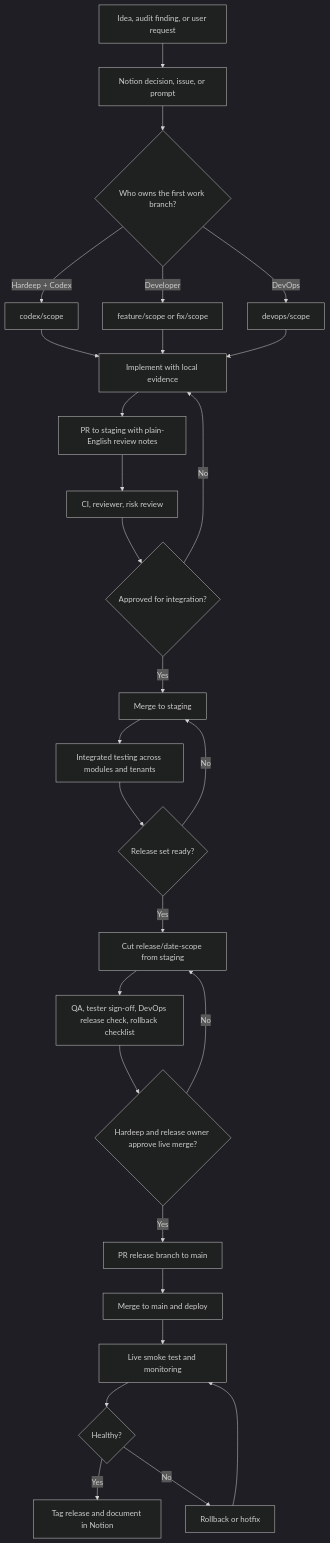
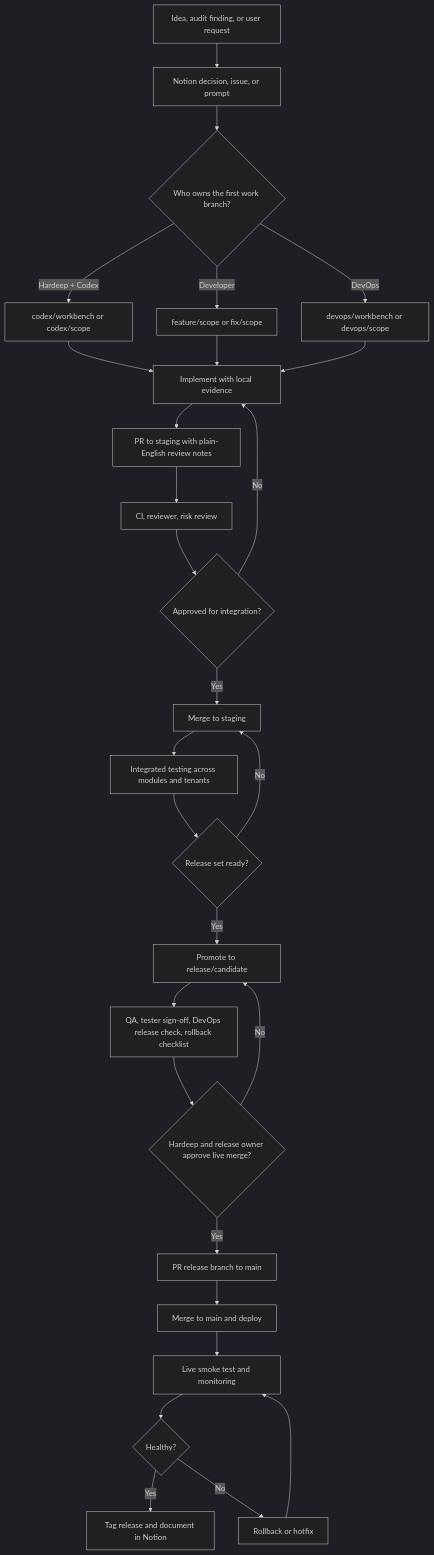
Before and after one commit to hpad66-pixel/nspire-guardian-hub: the diagram in docs/governance/ENTERPRISE_SDLC.md, drawn with Mermaid (dark theme). The commit also changed other lines of this file and 3 other files, not shown here.

````diff
--- a/docs/governance/ENTERPRISE_SDLC.md
+++ b/docs/governance/ENTERPRISE_SDLC.md
@@ -37,30 +38,30 @@
 ```mermaid
 flowchart TD
   A[Idea, audit finding, or user request] --> B[Notion decision, issue, or prompt]
   B --> C{Who owns the first work branch?}
-  C -->|Hardeep + Codex| D[codex/scope]
+  C -->|Hardeep + Codex| D[codex/workbench or codex/scope]
   C -->|Developer| E[feature/scope or fix/scope]
-  C -->|DevOps| F[devops/scope]
+  C -->|DevOps| F[devops/workbench or devops/scope]
   D --> G[Implement with local evidence]
   E --> G
   F --> G
   G --> H[PR to staging with plain-English review notes]
   H --> I[CI, reviewer, risk review]
   I --> J{Approved for integration?}
   J -->|No| G
   J -->|Yes| K[Merge to staging]
   K --> L[Integrated testing across modules and tenants]
   L --> M{Release set ready?}
   M -->|No| K
-  M -->|Yes| N[Cut release/date-scope from staging]
+  M -->|Yes| N[Promote to release/candidate]
   N --> O[QA, tester sign-off, DevOps release check, rollback checklist]
   O --> P{Hardeep and release owner approve live merge?}
   P -->|No| N
   P -->|Yes| Q[PR release branch to main]
   Q --> R[Merge to main and deploy]
   R --> S[Live smoke test and monitoring]
   S --> T{Healthy?}
   T -->|Yes| U[Tag release and document in Notion]
   T -->|No| V[Rollback or hotfix]
   V --> S
 ```
````
